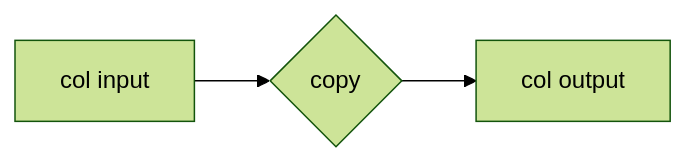
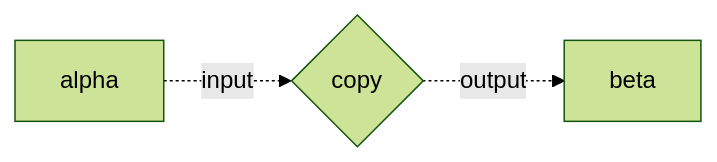
The diagram in _posts/2022-11-02-column-transformations-with-t-sql.md (Heinzad/heinzad.github.io), drawn with Mermaid (forest theme) before and after one commit.

Commit message:
Post 20221102 commit 0911.

````diff
--- a/_posts/2022-11-02-column-transformations-with-t-sql.md
+++ b/_posts/2022-11-02-column-transformations-with-t-sql.md
@@ -9,5 +9,5 @@
 ```mermaid 
 graph LR; 
-A[col input]-->B{copy}; 
-B-->C[col output];
+A[alpha]-.->|input| T{copy}; 
+T-.->|output| B[beta];
 ``` 
````
